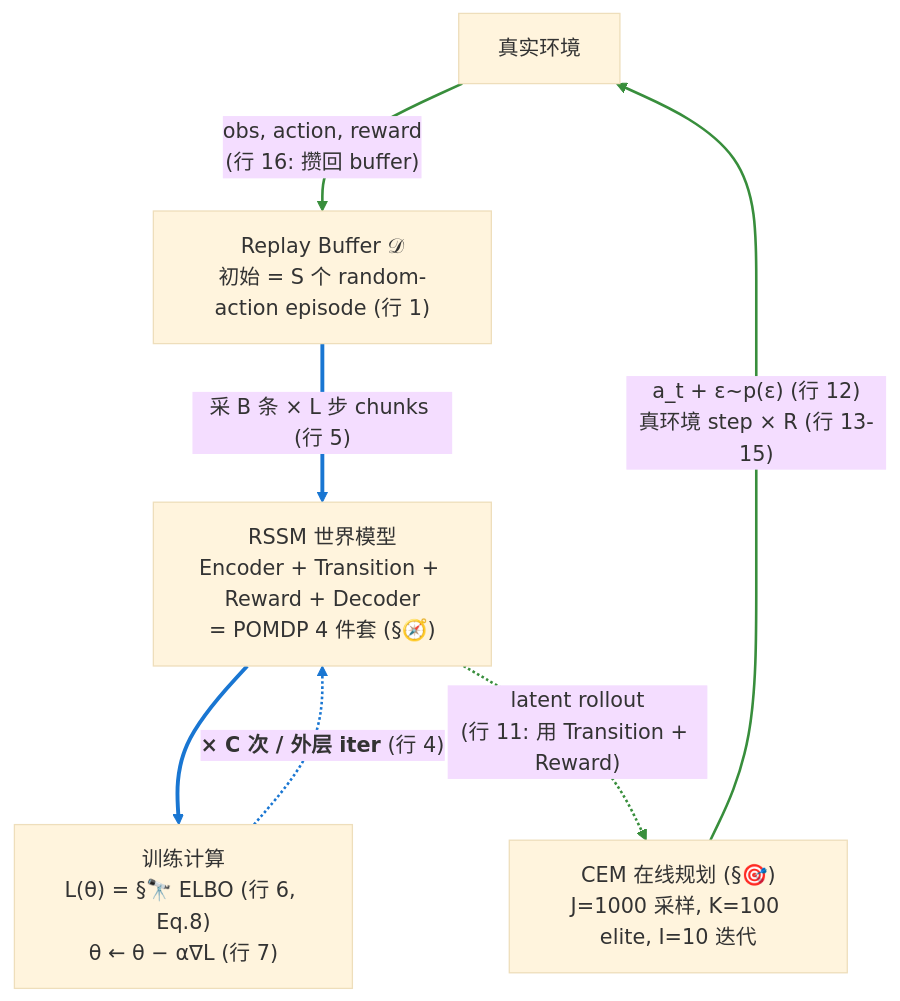
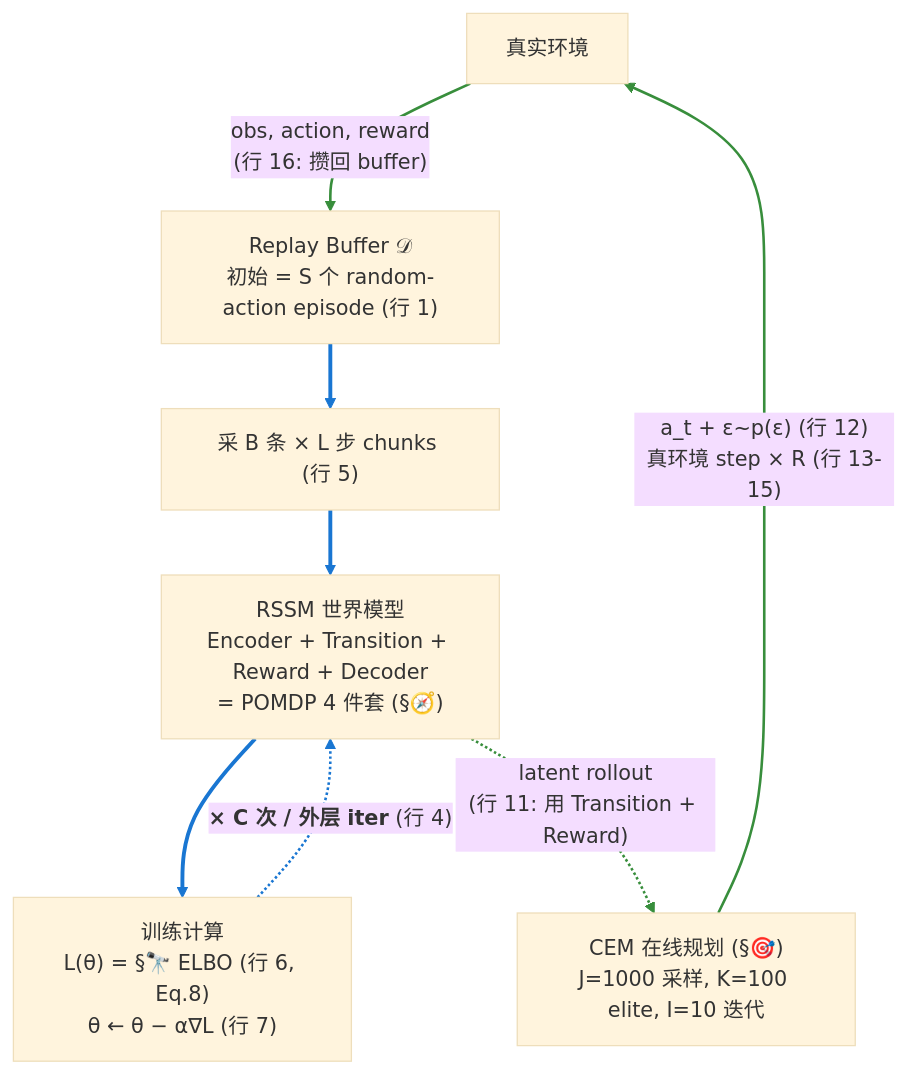
Before and after one commit to jinxinzhou/world-model-study: the seventh of 7 diagrams in World-Model-学习笔记.md, drawn with Mermaid (base theme). The commit also changed 1 other file, not shown here.

Commit message:
docs: promote 'sample chunks' edge label to its own box node
The 'sample B x L chunks (line 5)' text was an edge label, rendering
as a soft pill in mermaid's default theme. Promote it to a real node
('Sample[...]' / rectangle) so it matches the Training step block
visually (both A-phase operations now appear as solid-framed boxes).

The training chain becomes:
  Buffer -> Sample[...] -> RSSM -> Train[...] -.->|x C times| RSSM

Renumber linkStyle indices to match the new edge order.

````diff
--- a/World-Model-学习笔记.md
+++ b/World-Model-学习笔记.md
@@ -2154,22 +2154,25 @@
 ```mermaid
 flowchart TD
     Env["真实环境"]
     Buffer["Replay Buffer 𝒟<br/>初始 = S 个 random-action episode (行 1)"]
+    Sample["采 B 条 × L 步 chunks (行 5)"]
     RSSM["RSSM 世界模型<br/>Encoder + Transition + Reward + Decoder<br/>= POMDP 4 件套 (§🧭)"]
     Train["训练计算<br/>L(θ) = §🔭 ELBO (行 6, Eq.8)<br/>θ ← θ − α∇L (行 7)"]
     CEM["CEM 在线规划 (§🎯)<br/>J=1000 采样, K=100 elite, I=10 迭代"]
 
     Env -->|"obs, action, reward<br/>(行 16: 攒回 buffer)"| Buffer
-    Buffer -->|"采 B 条 × L 步 chunks (行 5)"| RSSM
+    Buffer --> Sample
+    Sample --> RSSM
     RSSM --> Train
     Train -.->|"<b>× C 次 / 外层 iter</b> (行 4)"| RSSM
     RSSM -.->|"latent rollout<br/>(行 11: 用 Transition + Reward)"| CEM
     CEM -->|"a_t + ε~p(ε) (行 12)<br/>真环境 step × R (行 13-15)"| Env
 
     linkStyle 0 stroke:#388e3c,stroke-width:2px
     linkStyle 1 stroke:#1976d2,stroke-width:3px
     linkStyle 2 stroke:#1976d2,stroke-width:3px
-    linkStyle 3 stroke:#1976d2,stroke-width:2px
-    linkStyle 4 stroke:#388e3c,stroke-width:2px
+    linkStyle 3 stroke:#1976d2,stroke-width:3px
+    linkStyle 4 stroke:#1976d2,stroke-width:2px
     linkStyle 5 stroke:#388e3c,stroke-width:2px
+    linkStyle 6 stroke:#388e3c,stroke-width:2px
 ```
````
